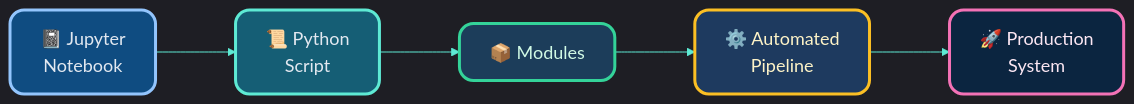
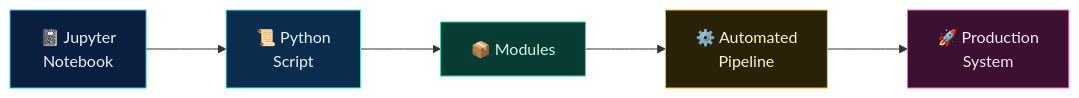
Before and after one commit to MindaugasSarpis/CERN_lessons_on_data_analysis: the first of 2 diagrams in lectures/content/slides/14_Reproducible_Workflows.md, drawn with Mermaid. The commit also changed other lines of this file and 11 other files, not shown here.

````diff
--- a/lectures/content/slides/14_Reproducible_Workflows.md
+++ b/lectures/content/slides/14_Reproducible_Workflows.md
@@ -151,22 +151,14 @@
 ```mermaid{scale: 1}
-%%{init: {'theme': 'dark', 'themeVariables': {
-  'primaryColor': '#0f1f3d',
-  'primaryBorderColor': '#60a5fa',
-  'primaryTextColor': '#e2e8f0',
-  'secondaryColor': '#102b4c',
-  'lineColor': '#5eead4',
-  'fontFamily': 'Inter, Segoe UI, sans-serif',
-  'fontSize': '18px'
-}, 'flowchart': {'curve': 'basis', 'htmlLabels': true, 'useMaxWidth': false, 'nodeSpacing': 10, 'rankSpacing': 80}}}%%
+%%{init: {'flowchart': {'useMaxWidth': false, 'nodeSpacing': 10, 'rankSpacing': 80}}}%%
 flowchart LR
     A["📓 Jupyter<br/>Notebook"]:::stage1 --> B["📜 Python<br/>Script"]:::stage2
     B --> C["📦 Modules"]:::stage3
     C --> D["⚙️ Automated<br/>Pipeline"]:::stage4
     D --> E["🚀 Production<br/>System"]:::stage5
 
-    classDef stage1 fill:#0f4c81,stroke:#93c5fd,stroke-width:3px,color:#e2e8f0,rx:14px,ry:14px
-    classDef stage2 fill:#155e75,stroke:#5eead4,stroke-width:3px,color:#e2e8f0,rx:14px,ry:14px
-    classDef stage3 fill:#1c3d5a,stroke:#34d399,stroke-width:3px,color:#d1fae5,rx:14px,ry:14px
-    classDef stage4 fill:#1e3a5f,stroke:#fbbf24,stroke-width:3px,color:#fef3c7,rx:14px,ry:14px
-    classDef stage5 fill:#0b2540,stroke:#f472b6,stroke-width:3px,color:#fce7f3,rx:14px,ry:14px
+    classDef stage1 fill:#0a1f3f,stroke:#38bdf8,color:#e8f1ff
+    classDef stage2 fill:#0b2d4d,stroke:#5eead4,color:#e8f1ff
+    classDef stage3 fill:#063c34,stroke:#34d399,color:#d1fae5
+    classDef stage4 fill:#2a2208,stroke:#fbbf24,color:#fef3c7
+    classDef stage5 fill:#3b1030,stroke:#f472b6,color:#fce7f3
 ```
````
